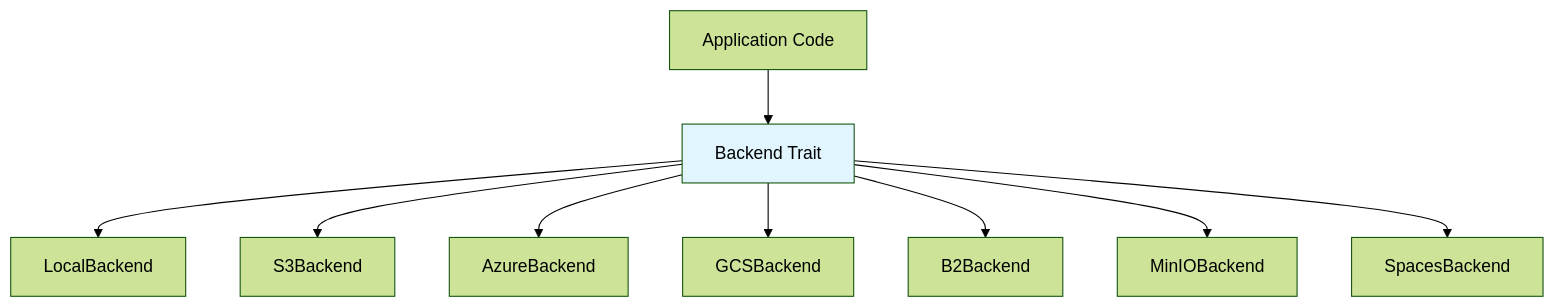
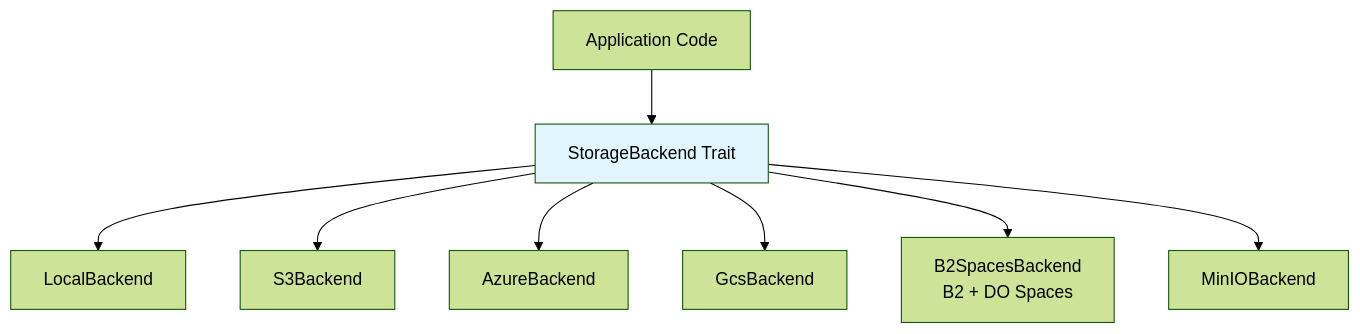
One commit to winnyboy5/mediagit-core changed the third of 3 diagrams in book/src/architecture/concepts.md. Above: the diagram before and after it, drawn with Mermaid (forest theme). The commit also changed other lines of this file and 558 other files, not shown here.

````diff
--- a/book/src/architecture/concepts.md
+++ b/book/src/architecture/concepts.md
@@ -217,13 +216,12 @@
 ```mermaid
 graph TB
-    App[Application Code] --> Trait[Backend Trait]
+    App[Application Code] --> Trait[StorageBackend Trait]
     Trait --> Local[LocalBackend]
     Trait --> S3[S3Backend]
     Trait --> Azure[AzureBackend]
-    Trait --> GCS[GCSBackend]
-    Trait --> B2[B2Backend]
+    Trait --> GCS[GcsBackend]
+    Trait --> B2Spaces[B2SpacesBackend<br/>B2 + DO Spaces]
     Trait --> MinIO[MinIOBackend]
-    Trait --> Spaces[SpacesBackend]
 
     style Trait fill:#e1f5ff
 ```
````
